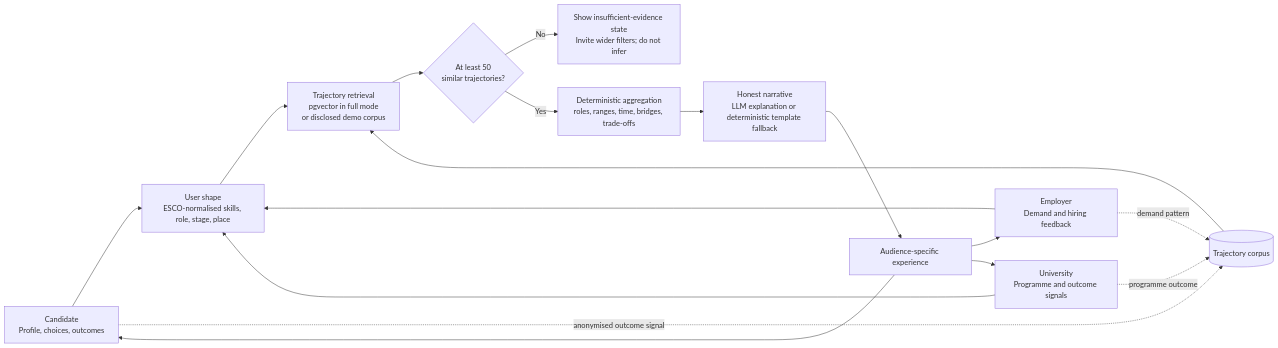
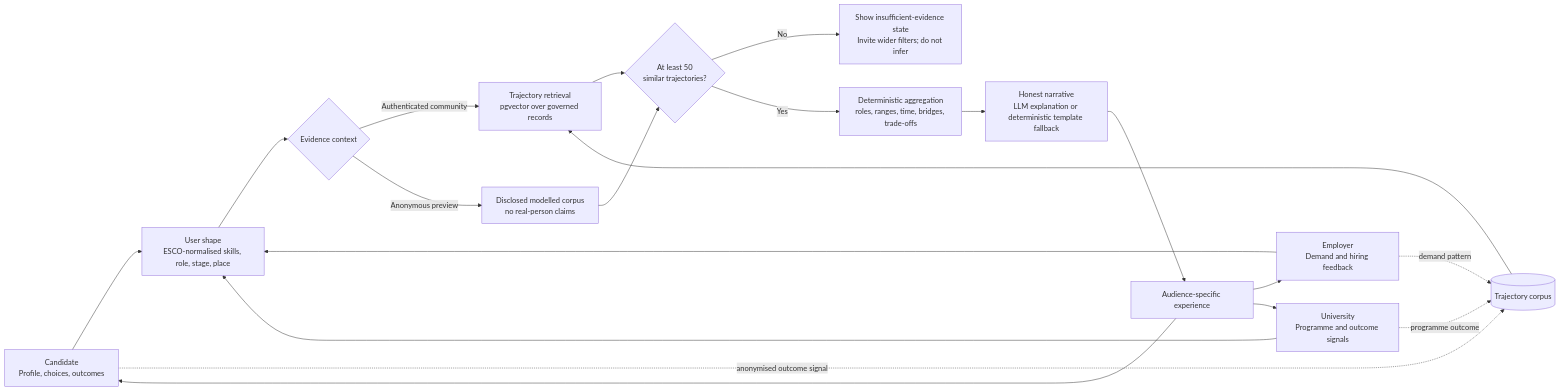
Before and after one commit to Richard2606-hub/PathWiser: the diagram in TESTING_AND_SYSTEM_DESIGN.md, drawn with Mermaid. The commit also changed other lines of this file and 18 other files, not shown here.

Commit message:
Restore resilient production preview flows

````diff
--- a/TESTING_AND_SYSTEM_DESIGN.md
+++ b/TESTING_AND_SYSTEM_DESIGN.md
@@ -14,21 +14,24 @@
 ```mermaid
 flowchart LR
   C[Candidate\nProfile, choices, outcomes] --> S[User shape\nESCO-normalised skills, role, stage, place]
   E[Employer\nDemand and hiring feedback] --> S
   U[University\nProgramme and outcome signals] --> S
 
-  S --> R[Trajectory retrieval\npgvector in full mode\nor disclosed demo corpus]
+  S --> M{Evidence context}
+  M -- Authenticated community --> R[Trajectory retrieval\npgvector over governed records]
+  M -- Anonymous preview --> P[Disclosed modelled corpus\nno real-person claims]
+  P --> G
   R --> G{At least 50\nsimilar trajectories?}
   G -- No --> H[Show insufficient-evidence state\nInvite wider filters; do not infer]
   G -- Yes --> A[Deterministic aggregation\nroles, ranges, time, bridges, trade-offs]
   A --> V[Honest narrative\nLLM explanation or deterministic template fallback]
   V --> X[Audience-specific experience]
   X --> C
   X --> E
   X --> U
 
   C -. anonymised outcome signal .-> D[(Trajectory corpus)]
   E -. demand pattern .-> D
   U -. programme outcome .-> D
   D --> R
 ```
````
